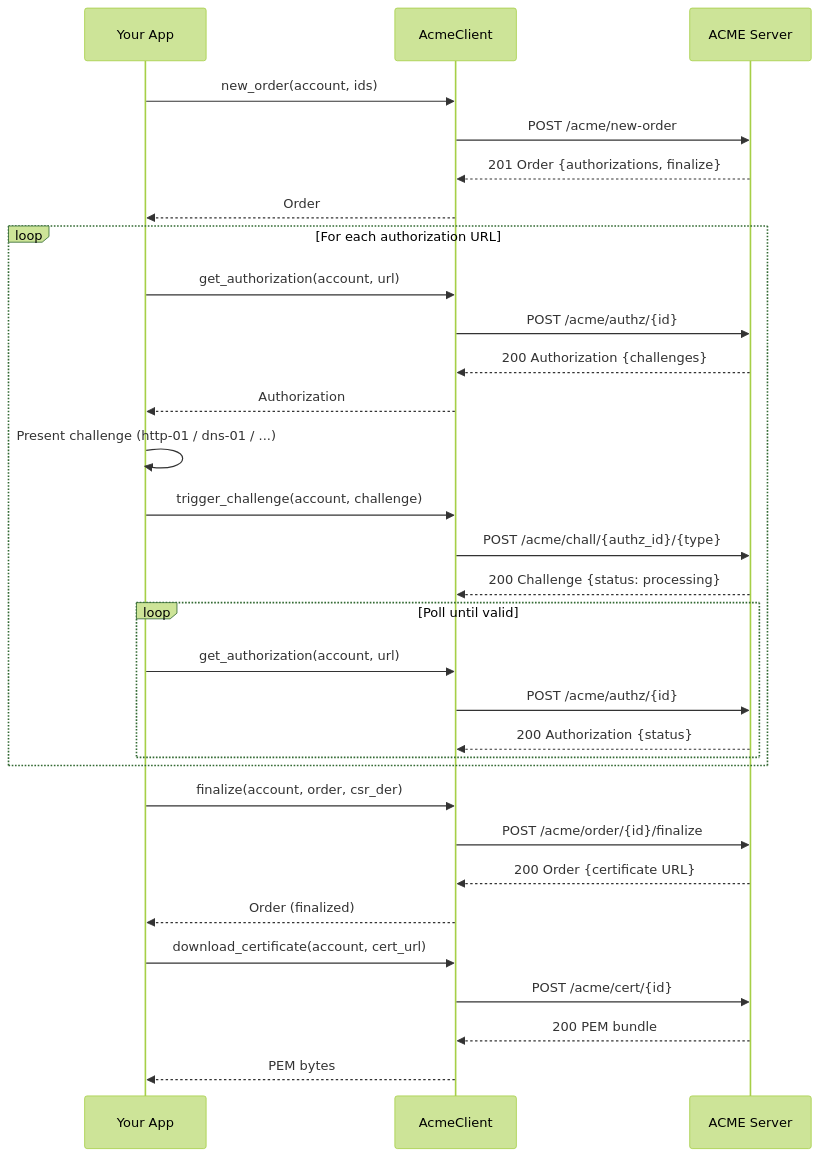
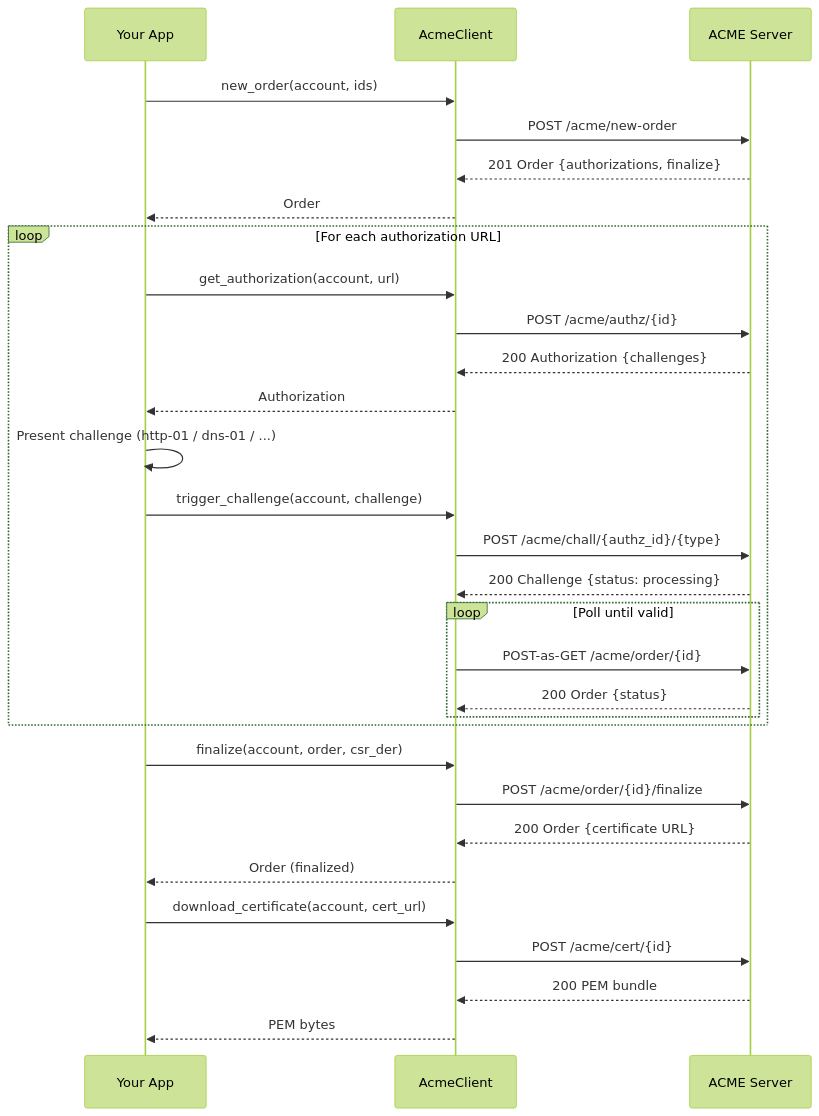
One commit to czinda/akamu changed the diagram in docs/src/client/client-library.md. Above: the diagram before and after it, drawn with Mermaid (forest theme). The commit also changed other lines of this file and 1 other file, not shown here.

````diff
--- a/docs/src/client/client-library.md
+++ b/docs/src/client/client-library.md
@@ -194,40 +230,39 @@
 ```mermaid
 sequenceDiagram
     participant App as Your App
     participant Lib as AcmeClient
     participant Srv as ACME Server
 
     App->>Lib: new_order(account, ids)
     Lib->>Srv: POST /acme/new-order
     Srv-->>Lib: 201 Order {authorizations, finalize}
     Lib-->>App: Order
 
     loop For each authorization URL
         App->>Lib: get_authorization(account, url)
         Lib->>Srv: POST /acme/authz/{id}
         Srv-->>Lib: 200 Authorization {challenges}
         Lib-->>App: Authorization
 
         App->>App: Present challenge (http-01 / dns-01 / ...)
 
         App->>Lib: trigger_challenge(account, challenge)
         Lib->>Srv: POST /acme/chall/{authz_id}/{type}
         Srv-->>Lib: 200 Challenge {status: processing}
 
         loop Poll until valid
-            App->>Lib: get_authorization(account, url)
-            Lib->>Srv: POST /acme/authz/{id}
-            Srv-->>Lib: 200 Authorization {status}
+            Lib->>Srv: POST-as-GET /acme/order/{id}
+            Srv-->>Lib: 200 Order {status}
         end
     end
 
     App->>Lib: finalize(account, order, csr_der)
     Lib->>Srv: POST /acme/order/{id}/finalize
     Srv-->>Lib: 200 Order {certificate URL}
     Lib-->>App: Order (finalized)
 
     App->>Lib: download_certificate(account, cert_url)
     Lib->>Srv: POST /acme/cert/{id}
     Srv-->>Lib: 200 PEM bundle
     Lib-->>App: PEM bytes
 ```
````
